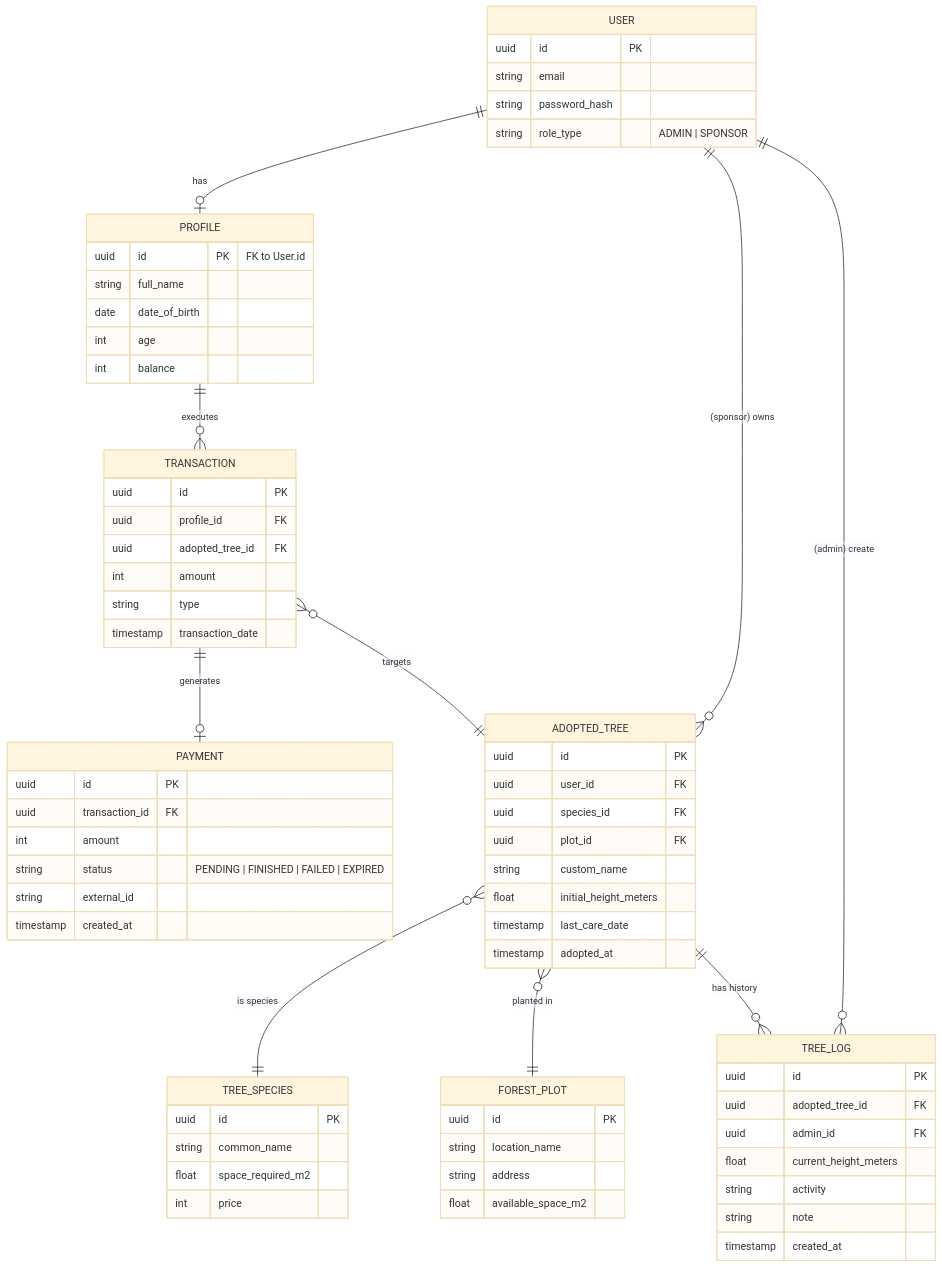
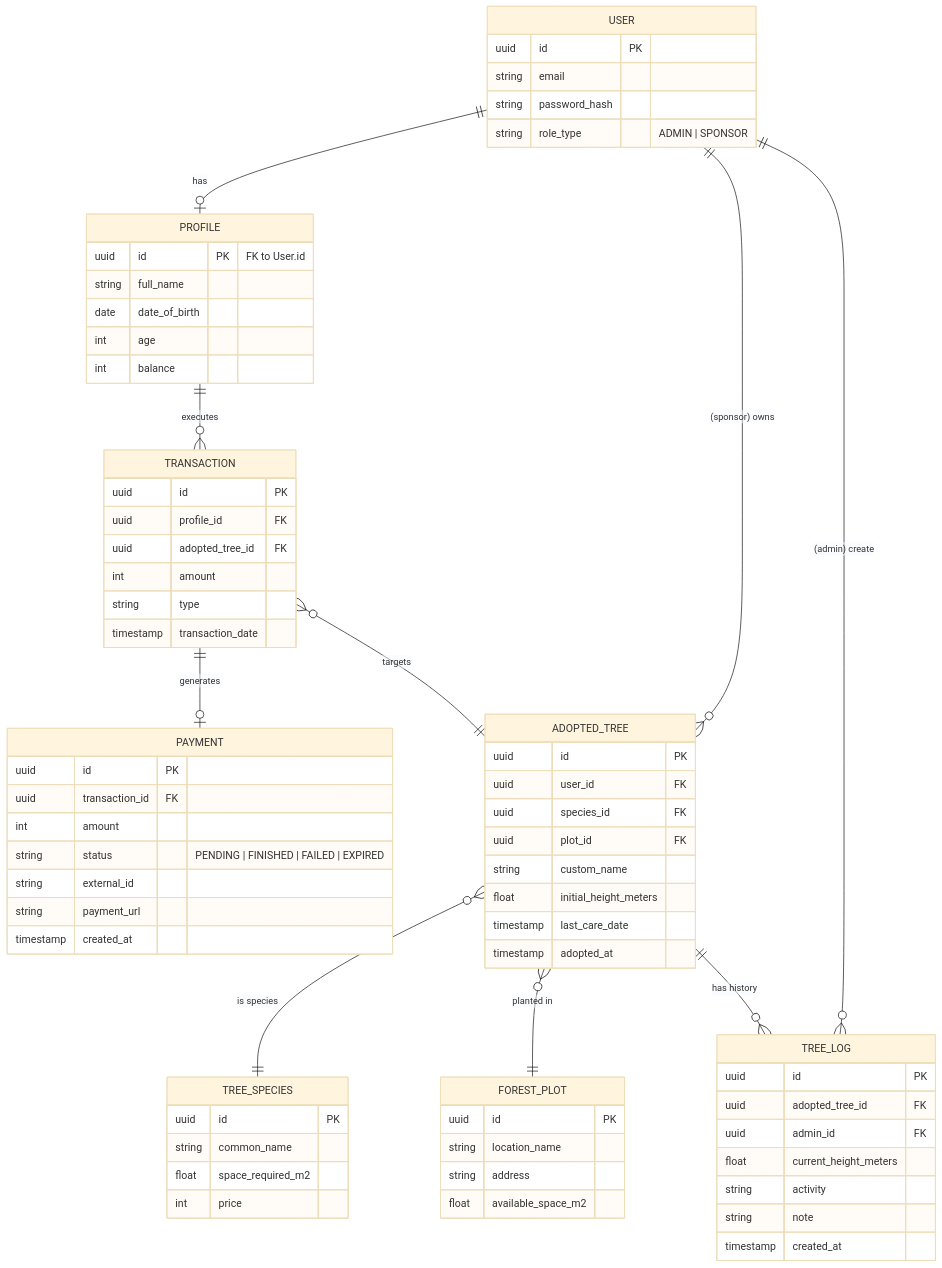
The diagram in docs/erd.mmd (EffelShuban/ReForest), drawn with Mermaid (base theme) before and after one commit. The commit also changed 2 other files, not shown here.

Commit message:
feat: updates ERD

```diff
--- a/docs/erd.mmd
+++ b/docs/erd.mmd
@@ -1,81 +1,82 @@
 erDiagram
     USER ||--o| PROFILE : "has"
     USER ||--o{ ADOPTED_TREE : "(sponsor) owns"
     USER ||--o{ TREE_LOG : "(admin) create"
     
     PROFILE ||--o{ TRANSACTION : "executes"
     
     TRANSACTION ||--o| PAYMENT : "generates"
     TRANSACTION }o--|| ADOPTED_TREE : "targets"
     
     ADOPTED_TREE }o--|| TREE_SPECIES : "is species"
     ADOPTED_TREE }o--|| FOREST_PLOT : "planted in"
     ADOPTED_TREE ||--o{ TREE_LOG : "has history"
 
     USER {
         uuid id PK
         string email
         string password_hash
         string role_type "ADMIN | SPONSOR"
     }
 
     PROFILE {
         uuid id PK "FK to User.id"
         string full_name
         date date_of_birth
         int age
         int balance
     }
 
     PAYMENT {
         uuid id PK
         uuid transaction_id FK
         int amount
         string status "PENDING | FINISHED | FAILED | EXPIRED"
         string external_id
+        string payment_url
         timestamp created_at
     }
 
     TRANSACTION {
         uuid id PK
         uuid profile_id FK
         uuid adopted_tree_id FK
         int amount
         string type
         timestamp transaction_date
     }
 
     FOREST_PLOT {
         uuid id PK
         string location_name
         string address
         float available_space_m2
     }
 
     TREE_SPECIES {
         uuid id PK
         string common_name
         float space_required_m2
         int price
     }
 
     ADOPTED_TREE {
         uuid id PK
         uuid user_id FK
         uuid species_id FK
         uuid plot_id FK
         string custom_name
         float initial_height_meters
         timestamp last_care_date
         timestamp adopted_at
     }
 
     TREE_LOG {
         uuid id PK
         uuid adopted_tree_id FK
         uuid admin_id FK
         float current_height_meters
         string activity
         string note
         timestamp created_at
     }
```
